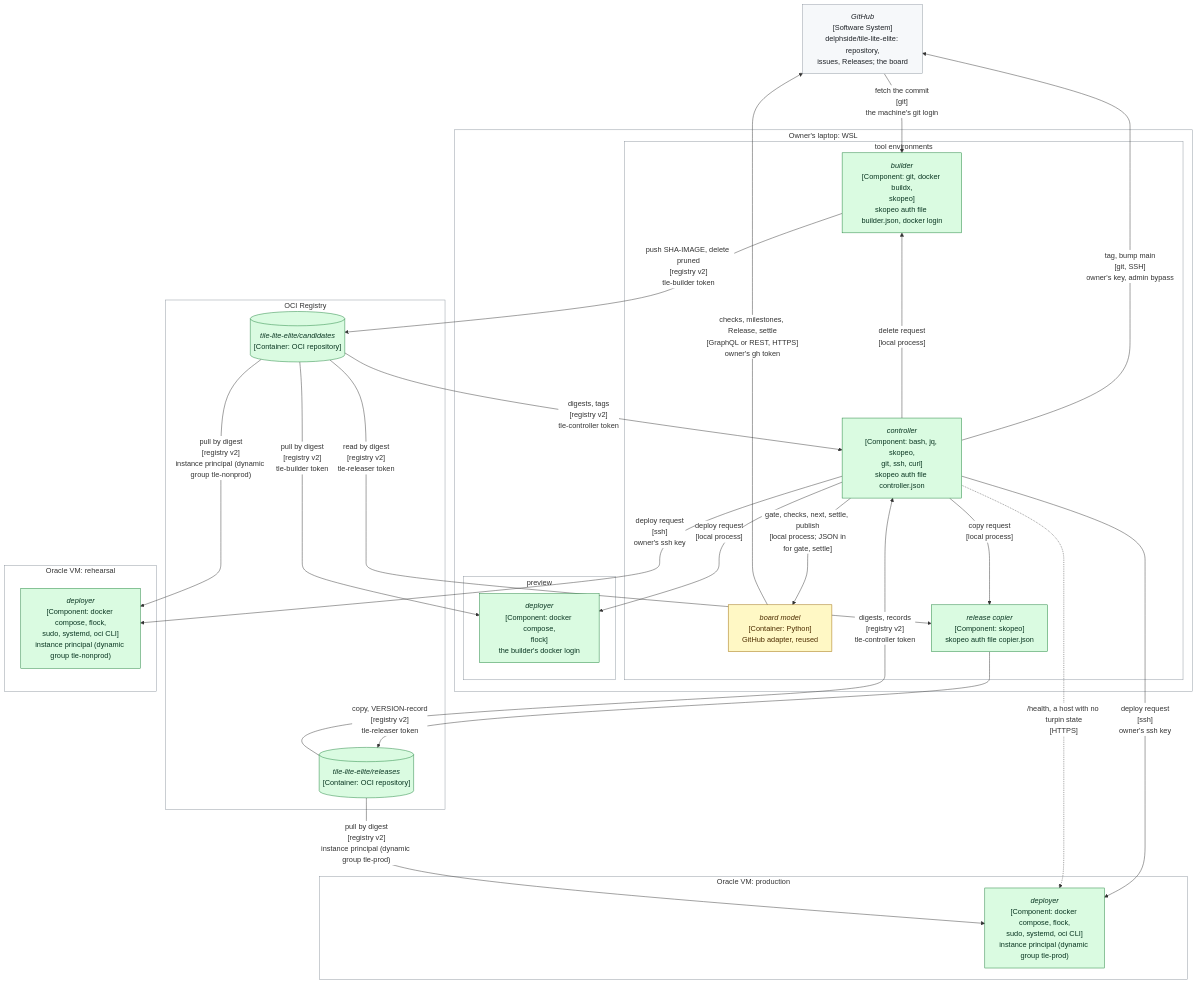
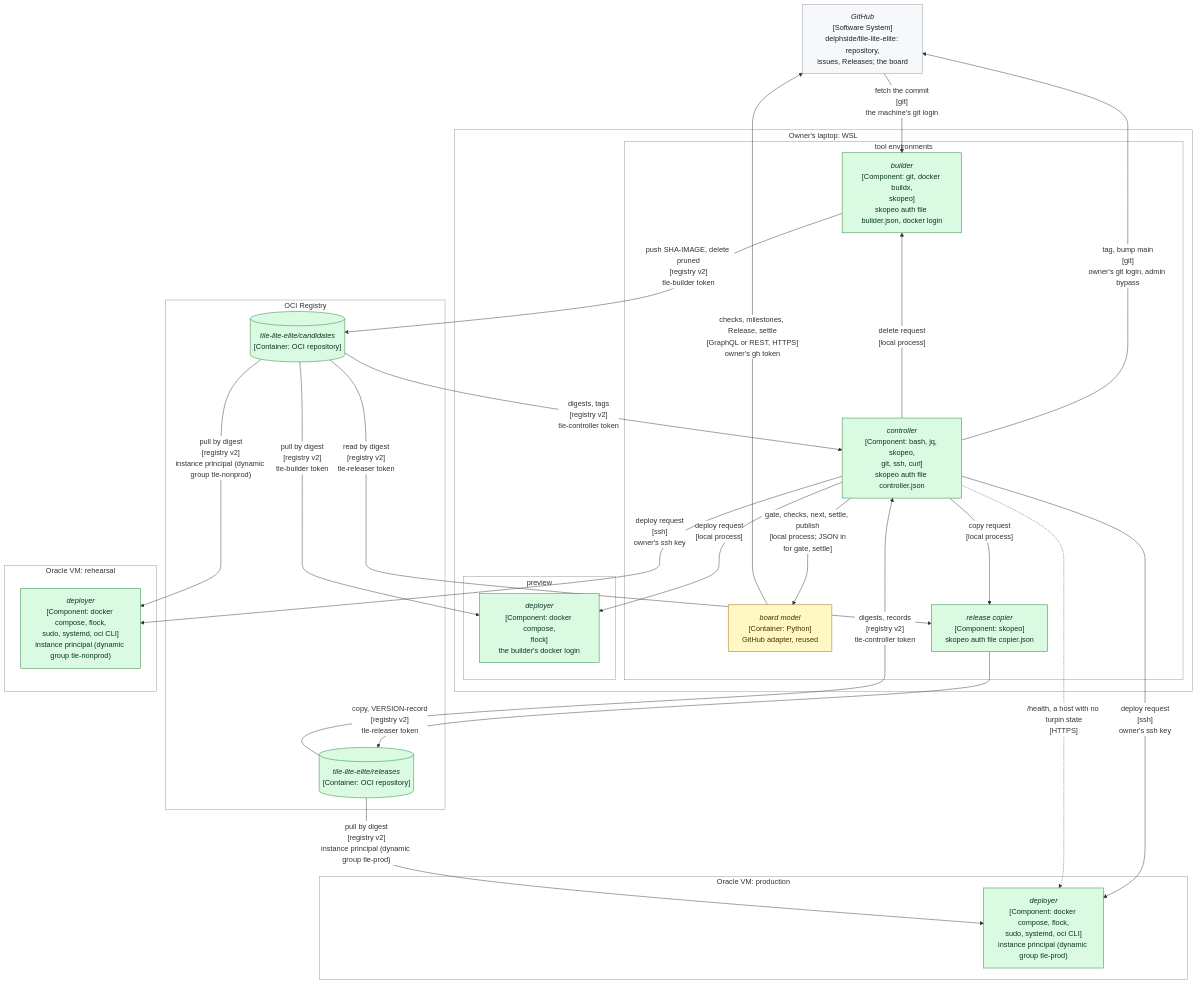
Before and after one commit to delphside/programme: the seventh of 8 diagrams in records/2.5-changes/programme-tooling/117-generic-deliver-tool/design.md, drawn with Mermaid. The commit also changed other lines of this file, not shown here.

````diff
--- a/records/2.5-changes/programme-tooling/117-generic-deliver-tool/design.md
+++ b/records/2.5-changes/programme-tooling/117-generic-deliver-tool/design.md
@@ -1080,50 +1076,50 @@
 ```mermaid
 %%{init: {"themeVariables": {"clusterBkg": "#ffffff", "clusterBorder": "#8c959f", "edgeLabelBackground": "#ffffff"}}}%%
 flowchart TB
   GH["<i>GitHub</i><br>[Software System]<br>delphside/tile-lite-elite: repository,<br>issues, Releases; the board"]
   subgraph LAPTOP["Owner's laptop: WSL"]
     subgraph TOOLS["tool environments"]
       CTL["<i>controller</i><br>[Component: bash, jq, skopeo,<br>git, ssh, curl]<br>skopeo auth file controller.json"]
       BM["<i>board model</i><br>[Container: Python]<br>GitHub adapter, reused"]
       BLD["<i>builder</i><br>[Component: git, docker buildx,<br>skopeo]<br>skopeo auth file builder.json, docker login"]
       COPY["<i>release copier</i><br>[Component: skopeo]<br>skopeo auth file copier.json"]
     end
     subgraph PREV["preview"]
       DEPP["<i>deployer</i><br>[Component: docker compose,<br>flock]<br>the builder's docker login"]
     end
   end
   subgraph OCIR["OCI Registry"]
     CAND[("<i>tile-lite-elite/candidates</i><br>[Container: OCI repository]")]
     REL[("<i>tile-lite-elite/releases</i><br>[Container: OCI repository]")]
   end
   subgraph REHVM["Oracle VM: rehearsal"]
     DEPR["<i>deployer</i><br>[Component: docker compose, flock,<br>sudo, systemd, oci CLI]<br>instance principal (dynamic group tle-nonprod)"]
   end
   subgraph PRODVM["Oracle VM: production"]
     DEPX["<i>deployer</i><br>[Component: docker compose, flock,<br>sudo, systemd, oci CLI]<br>instance principal (dynamic group tle-prod)"]
   end
   GH -->|"fetch the commit<br>[git]<br>the machine's git login"| BLD
   CTL -->|"gate, checks, next, settle, publish<br>[local process; JSON in<br>for gate, settle]"| BM
   BM -->|"checks, milestones, Release, settle<br>[GraphQL or REST, HTTPS]<br>owner's gh token"| GH
-  CTL -->|"tag, bump main<br>[git, SSH]<br>owner's key, admin bypass"| GH
+  CTL -->|"tag, bump main<br>[git]<br>owner's git login, admin bypass"| GH
   BLD -->|"push SHA-IMAGE, delete pruned<br>[registry v2]<br>tle-builder token"| CAND
   CAND -->|"digests, tags<br>[registry v2]<br>tle-controller token"| CTL
   REL -->|"digests, records<br>[registry v2]<br>tle-controller token"| CTL
   CTL -->|"delete request<br>[local process]"| BLD
   CTL -->|"copy request<br>[local process]"| COPY
   CAND -->|"read by digest<br>[registry v2]<br>tle-releaser token"| COPY
   COPY -->|"copy, VERSION-record<br>[registry v2]<br>tle-releaser token"| REL
   CTL -->|"deploy request<br>[local process]"| DEPP
   CTL -->|"deploy request<br>[ssh]<br>owner's ssh key"| DEPR
   CTL -->|"deploy request<br>[ssh]<br>owner's ssh key"| DEPX
   CTL -.->|"/health, a host with no turpin state<br>[HTTPS]"| DEPX
   CAND -->|"pull by digest<br>[registry v2]<br>tle-builder token"| DEPP
   CAND -->|"pull by digest<br>[registry v2]<br>instance principal (dynamic group tle-nonprod)"| DEPR
   REL -->|"pull by digest<br>[registry v2]<br>instance principal (dynamic group tle-prod)"| DEPX
   classDef unchanged    fill:#f6f8fa,stroke:#8c959f,color:#1f2328
   classDef new          fill:#dafbe1,stroke:#1a7f37,color:#0a3622
   classDef changed      fill:#fff8c5,stroke:#9a6700,color:#4d2d00
   class CTL,BLD,COPY,DEPP,DEPR,DEPX,CAND,REL new
   class BM changed
   class GH unchanged
 ```
````
